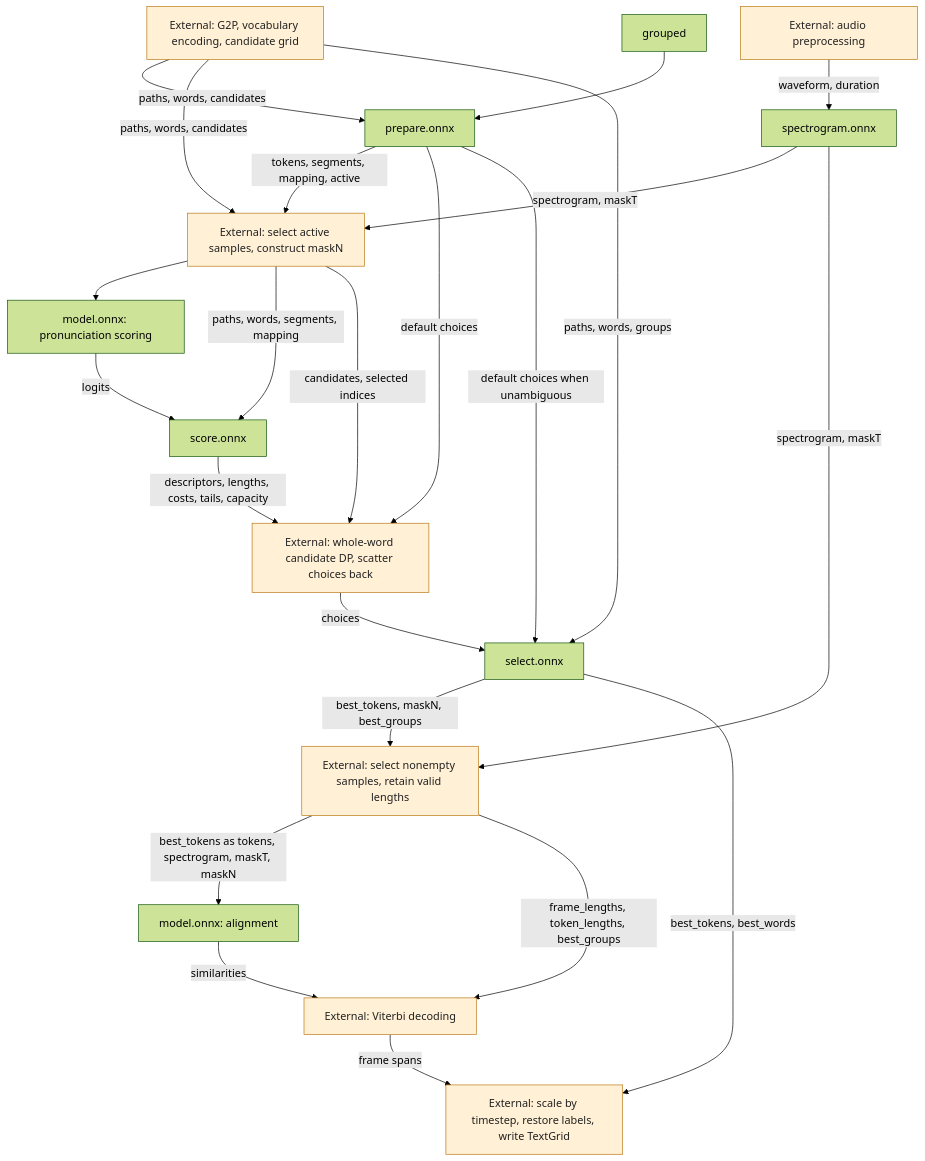
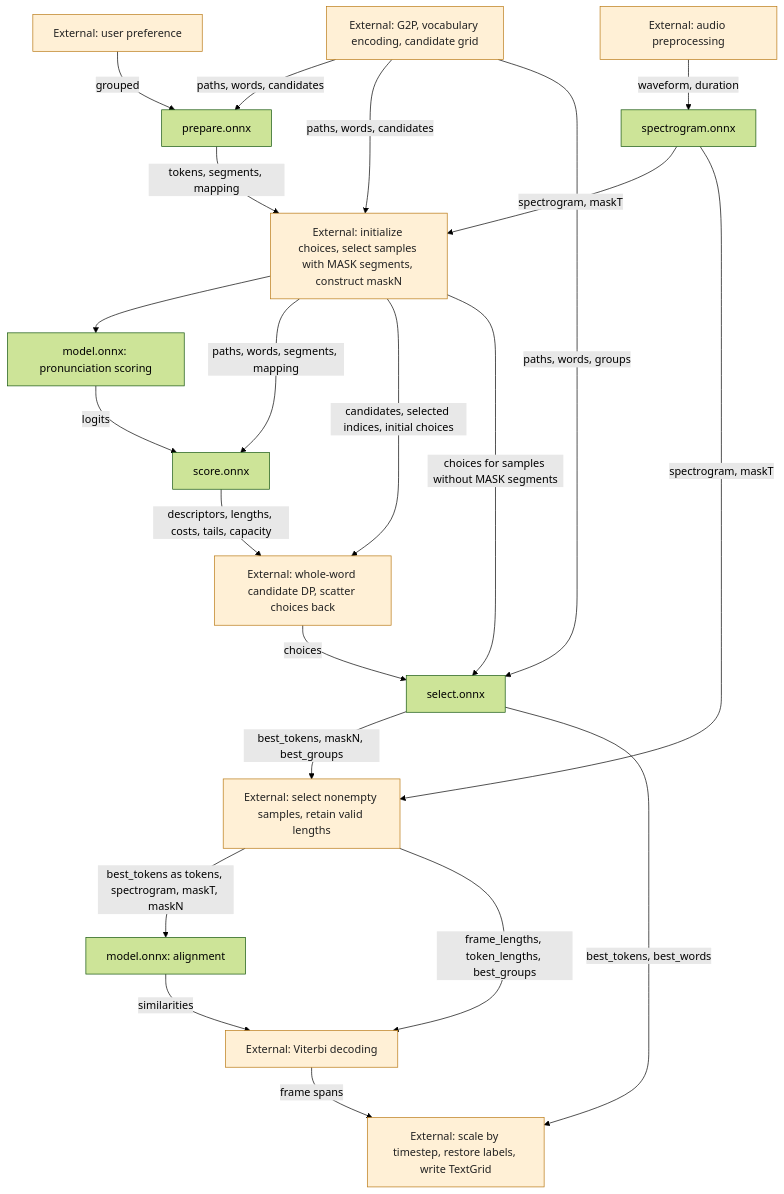
One commit to Xiantaidu/TIFA changed the diagram in ONNX.md. Above: the diagram before and after it, drawn with Mermaid (forest theme). The commit also changed other lines of this file and 9 other files, not shown here.

````diff
--- a/ONNX.md
+++ b/ONNX.md
@@ -7,27 +7,26 @@
 ```mermaid
 flowchart TD
     A["External: audio preprocessing"] -->|waveform, duration| S[spectrogram.onnx]
     G["External: G2P, vocabulary encoding, candidate grid"] -->|paths, words, candidates| P[prepare.onnx]
-    U[grouped] --> P
-    P -->|tokens, segments, mapping, active| Q["External: select active samples, construct maskN"]
+    U["External: user preference"] -->|grouped| P
+    P -->|tokens, segments, mapping| Q["External: initialize choices, select samples with MASK segments, construct maskN"]
     G -->|paths, words, candidates| Q
     S -->|spectrogram, maskT| Q
     Q --> M1["model.onnx: pronunciation scoring"]
     M1 -->|logits| F[score.onnx]
     Q -->|paths, words, segments, mapping| F
     F -->|descriptors, lengths, costs, tails, capacity| D["External: whole-word candidate DP, scatter choices back"]
-    Q -->|candidates, selected indices| D
-    P -->|default choices| D
+    Q -->|candidates, selected indices, initial choices| D
     D -->|choices| E[select.onnx]
-    P -->|default choices when unambiguous| E
+    Q -->|choices for samples without MASK segments| E
     G -->|paths, words, groups| E
     E -->|best_tokens, maskN, best_groups| H["External: select nonempty samples, retain valid lengths"]
     S -->|spectrogram, maskT| H
     H -->|best_tokens as tokens, spectrogram, maskT, maskN| M2["model.onnx: alignment"]
     M2 -->|similarities| V["External: Viterbi decoding"]
     H -->|frame_lengths, token_lengths, best_groups| V
     V -->|frame spans| O["External: scale by timestep, restore labels, write TextGrid"]
     E -->|best_tokens, best_words| O
     classDef host fill:#fff0d6,stroke:#b97813,color:#222;
-    class A,G,Q,D,H,V,O host;
+    class A,G,U,Q,D,H,V,O host;
 ```
````
